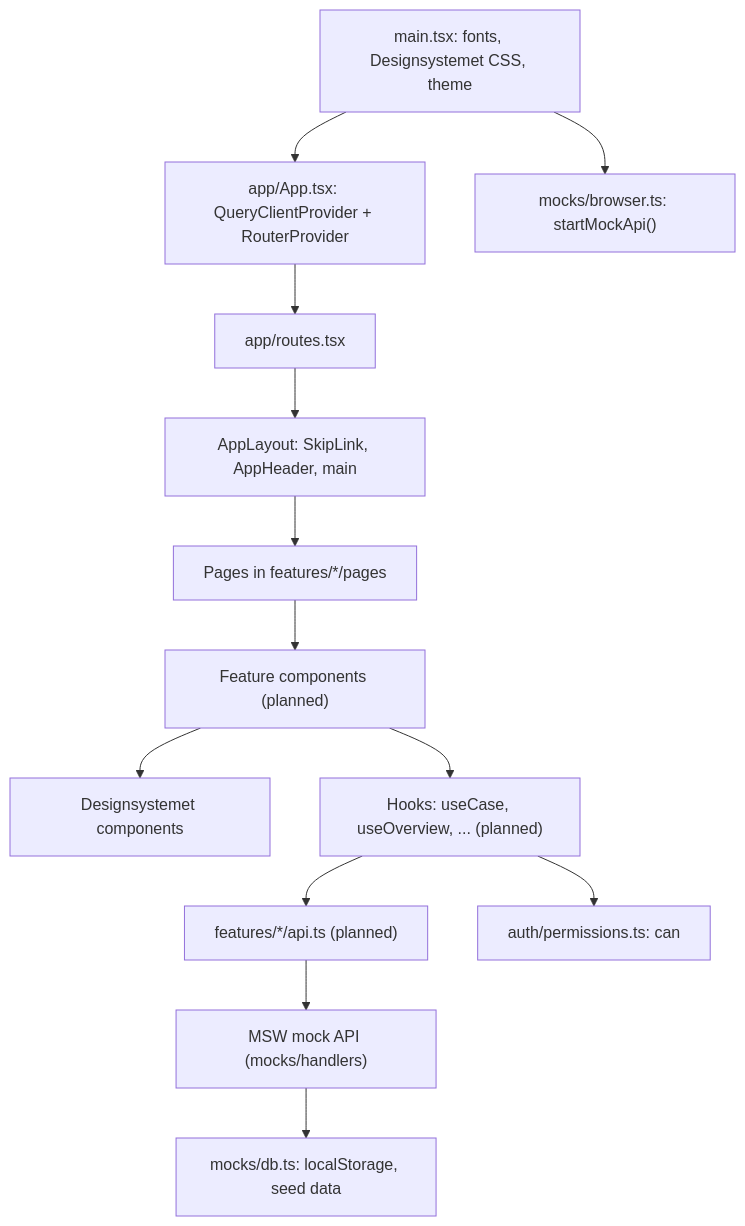
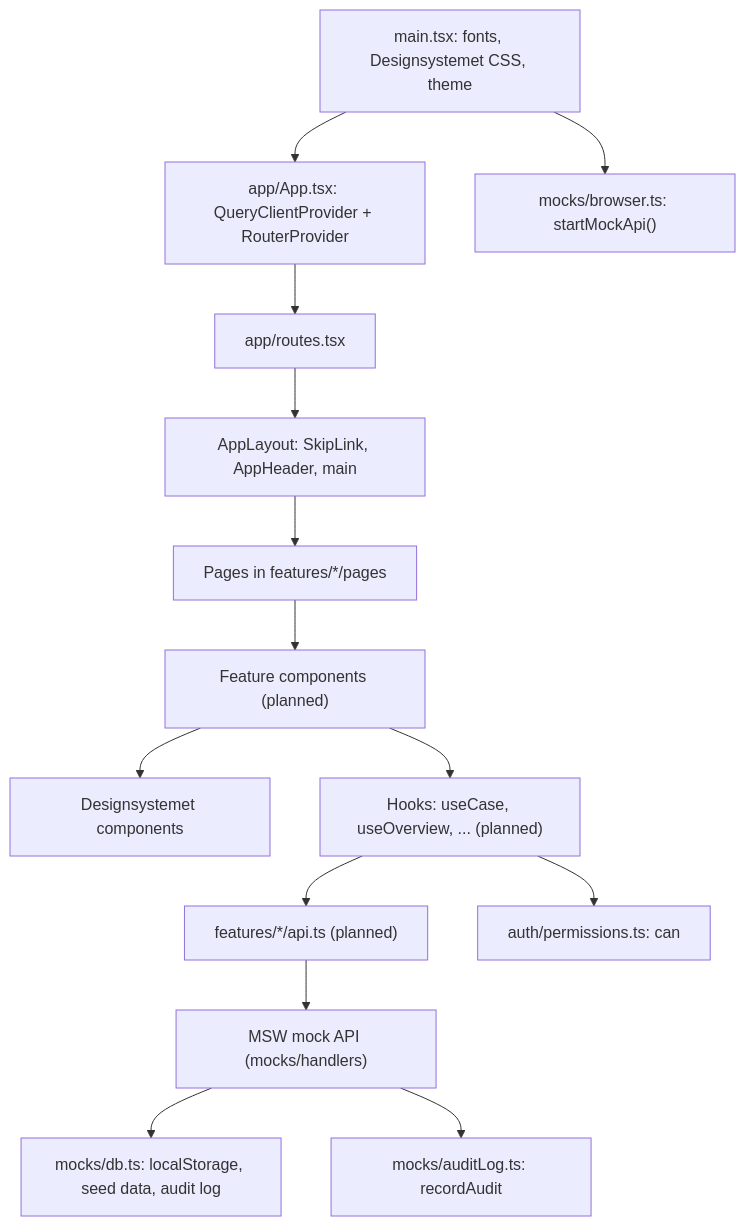
Before and after one commit to TLS97/tines-case-management-system: the first of 2 diagrams in docs/architecture.md, drawn with Mermaid. The commit also changed 11 other files, not shown here.

First line of the commit message:
feat(mocks): audit log writing in the mock API (T1.4, F-005) (#13)

````diff
--- a/docs/architecture.md
+++ b/docs/architecture.md
@@ -6,15 +6,16 @@
 ```mermaid
 flowchart TD
   Main[main.tsx: fonts, Designsystemet CSS, theme] --> App[app/App.tsx: QueryClientProvider + RouterProvider]
   App --> Routes[app/routes.tsx]
   Routes --> Layout[AppLayout: SkipLink, AppHeader, main]
   Layout --> Pages[Pages in features/*/pages]
   Pages --> Components["Feature components (planned)"]
   Components --> DS[Designsystemet components]
   Components --> Hooks["Hooks: useCase, useOverview, ... (planned)"]
   Hooks --> Api["features/*/api.ts (planned)"]
   Api --> Mock["MSW mock API (mocks/handlers)"]
-  Mock --> Store["mocks/db.ts: localStorage, seed data"]
+  Mock --> Store["mocks/db.ts: localStorage, seed data, audit log"]
+  Mock --> Audit["mocks/auditLog.ts: recordAudit"]
   Main --> Worker["mocks/browser.ts: startMockApi()"]
   Hooks --> Perm["auth/permissions.ts: can"]
 ```
````
